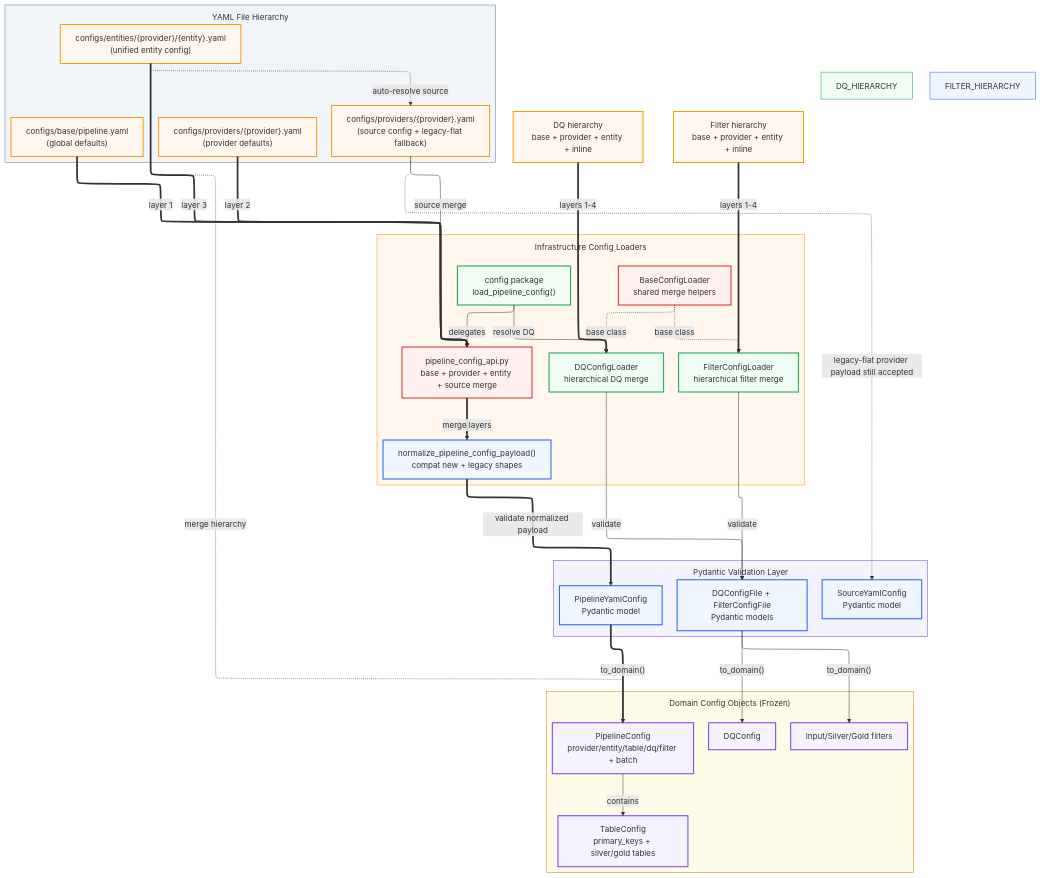
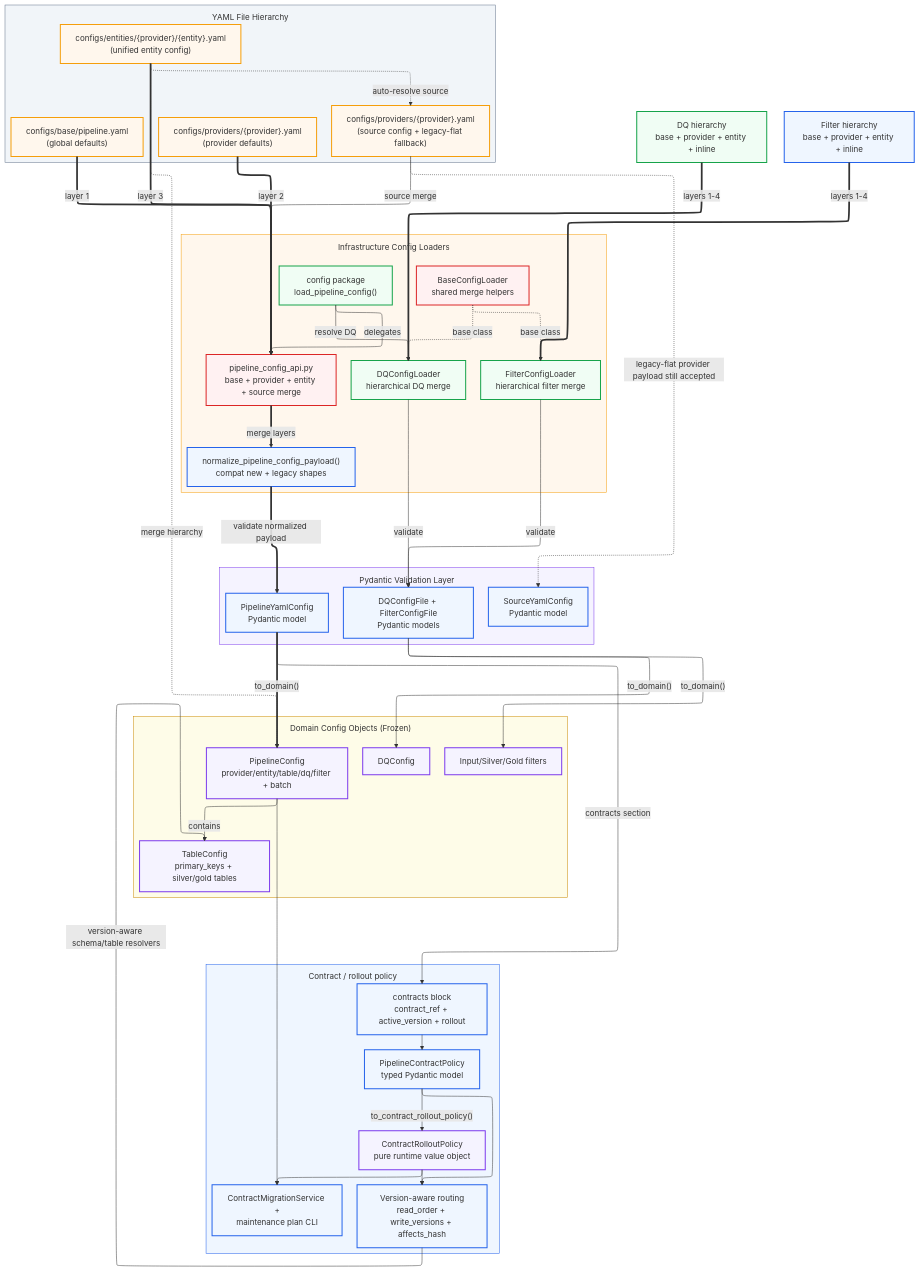
One commit to SatoryKono/BioactivityDataAcquisition changed the diagram in docs/02-architecture/diagrams/foundation/46-yaml-config-resolution.mmd. Above: the diagram before and after it, drawn with Mermaid. The commit also changed 52 other files, not shown here.

```diff
--- a/docs/02-architecture/diagrams/foundation/46-yaml-config-resolution.mmd
+++ b/docs/02-architecture/diagrams/foundation/46-yaml-config-resolution.mmd
@@ -1,103 +1,120 @@
-%% Title: YAML Configuration Resolution Chain
-%% Covers: unified config path plus canonical staged normalization flow
+%% Title: YAML Configuration and Contract Rollout Resolution Chain
+%% Covers: unified config path, contract rollout policy, and planner/runtime version routing
 %% Rank: 21 (Score 7.38) — Hierarchical config merge underpins every pipeline
-%% Updated: 2026-03-16
+%% Updated: 2026-04-02
 
-%% @version 1.1.0
-%% @date    2026-03-16
+%% @version 1.2.0
+%% @date    2026-04-02
 %% @type    flowchart
 %% @level   Mixed (System / Component / Class)
-%% @nodes   18
+%% @nodes   23
 %% @png-scale 6
 %% @png-dpi   600
 
 %%{init: {'layout': 'elk', 'flowchart': {'subGraphTitleMargin': {'top': 12, 'bottom': 12}}, 'elk': {'mergeEdges': true, 'nodePlacementStrategy': 'BRANDES_KOEPF', 'edgeRouting': 'ORTHOGONAL'}}}%%
 %% @uniform width=496 height=128 max_title_len=49 max_desc_lines=5
 flowchart TD
 %% keep-orphan: SOURCE_YAML_CFG, LEGACY_NORMALIZE
     subgraph YAML_FILES["YAML File Hierarchy"]
         direction TB
         BASE["configs/base/pipeline.yaml<br/>(global defaults)"]
         PROVIDER_BASE["configs/providers/{provider}.yaml<br/>(provider defaults)"]
         PIPELINE["configs/entities/{provider}/{entity}.yaml<br/>(unified entity config)"]
         SOURCE["configs/providers/{provider}.yaml<br/>(source config + legacy-flat fallback)"]
     end
 
     DQ_HIER["DQ hierarchy<br/>base + provider + entity + inline"]:::size-md
     FILTER_HIER["Filter hierarchy<br/>base + provider + entity + inline"]:::size-md
 
     subgraph LOADERS["Infrastructure Config Loaders"]
         direction TB
         CONFIG_LOADER["config package<br/>load_pipeline_config()"]
         BASE_CONFIG_LOADER["BaseConfigLoader<br/>shared merge helpers"]:::size-md
         DQ_CONFIG_LOADER["DQConfigLoader<br/>hierarchical DQ merge"]:::size-md
         FILTER_CONFIG_LOADER["FilterConfigLoader<br/>hierarchical filter merge"]:::size-md
         YAML_LOADER["pipeline_config_api.py<br/>base + provider + entity + source merge"]:::size-md
         LEGACY_NORMALIZE["normalize_pipeline_config_payload()<br/>compat new + legacy shapes"]
     end
 
     subgraph DOMAIN_CONFIG["Domain Config Objects (Frozen)"]
         direction TB
         PIPELINE_CONFIG["PipelineConfig<br/>provider/entity/table/dq/filter + batch"]
         TABLE_CONFIG["TableConfig<br/>primary_keys + silver/gold tables"]
         DQ_CONFIG["DQConfig"]:::size-sm
         FILTER_CONFIG["Input/Silver/Gold filters"]:::size-sm
     end
 
+    subgraph CONTRACTS["Contract / rollout policy"]
+        direction TB
+        CONTRACT_BLOCK["contracts block<br/>contract_ref + active_version + rollout"]:::size-md
+        CONTRACT_MODEL["PipelineContractPolicy<br/>typed Pydantic model"]:::size-md
+        ROLLOUT_VO["ContractRolloutPolicy<br/>pure runtime value object"]:::size-md
+        ROUTING["Version-aware routing<br/>read_order + write_versions + affects_hash"]:::size-md
+        PLANNER["ContractMigrationService +<br/>maintenance plan CLI"]:::size-md
+    end
+
     subgraph VALIDATION["Pydantic Validation Layer"]
         direction TB
         PIPELINE_YAML_CFG["PipelineYamlConfig<br/>Pydantic model"]
         SOURCE_YAML_CFG["SourceYamlConfig<br/>Pydantic model"]
         AUX_FILES["DQConfigFile + FilterConfigFile<br/>Pydantic models"]:::size-md
     end
 
     %% Pipeline config resolution
     BASE ==>|"layer 1"| YAML_LOADER
     PROVIDER_BASE ==>|"layer 2"| YAML_LOADER
     PIPELINE ==>|"layer 3"| YAML_LOADER
     SOURCE -->|"source merge"| YAML_LOADER
     YAML_LOADER ==>|"merge layers"| LEGACY_NORMALIZE
     LEGACY_NORMALIZE ==>|"validate normalized payload"| PIPELINE_YAML_CFG
     PIPELINE_YAML_CFG ==>|"to_domain()"| PIPELINE_CONFIG
     PIPELINE_CONFIG -->|"contains"| TABLE_CONFIG
+    PIPELINE_YAML_CFG -->|"contracts section"| CONTRACT_BLOCK
+    CONTRACT_BLOCK --> CONTRACT_MODEL -->|"to_contract_rollout_policy()"| ROLLOUT_VO
+    CONTRACT_MODEL --> ROUTING
+    ROLLOUT_VO --> ROUTING
+    ROUTING -->|"version-aware schema/table resolvers"| TABLE_CONFIG
+    ROLLOUT_VO --> PLANNER
+    PIPELINE_CONFIG --> PLANNER
 
     %% DQ resolution
     DQ_HIER ==>|"layers 1-4"| DQ_CONFIG_LOADER
     DQ_CONFIG_LOADER -->|"validate"| AUX_FILES
     AUX_FILES -->|"to_domain()"| DQ_CONFIG
 
     %% Filter resolution
     FILTER_HIER ==>|"layers 1-4"| FILTER_CONFIG_LOADER
     FILTER_CONFIG_LOADER -->|"validate"| AUX_FILES
     AUX_FILES -->|"to_domain()"| FILTER_CONFIG
 
     %% Inheritance
     BASE_CONFIG_LOADER -.->|"base class"| DQ_CONFIG_LOADER
     BASE_CONFIG_LOADER -.->|"base class"| FILTER_CONFIG_LOADER
     CONFIG_LOADER -->|"delegates"| YAML_LOADER
     CONFIG_LOADER -->|"resolve DQ"| DQ_CONFIG_LOADER
 
     %% Convention-based auto-resolution (ADR-029)
     PIPELINE -.->|"auto-resolve source"| SOURCE
     PIPELINE -.->|"merge hierarchy"| PIPELINE_CONFIG
     SOURCE -.->|"legacy-flat provider payload still accepted"| SOURCE_YAML_CFG
 
     %% Merge rules
     classDef storage fill:#fff7ed,stroke:#f59e0b,stroke-width:2px
     classDef adapter fill:#fff1f2,stroke:#dc2626,stroke-width:2px
     classDef service fill:#f0fdf4,stroke:#16a34a,stroke-width:2px
     classDef port fill:#f5f3ff,stroke:#7c3aed,stroke-width:2px
     classDef process fill:#eff6ff,stroke:#2563eb,stroke-width:2px
 
     class BASE,PROVIDER_BASE,PIPELINE,SOURCE,DQ_HIER,FILTER_HIER storage
     class CONFIG_LOADER,BASE_CONFIG_LOADER,DQ_CONFIG_LOADER,FILTER_CONFIG_LOADER,YAML_LOADER adapter
-    class PIPELINE_CONFIG,TABLE_CONFIG,DQ_CONFIG,FILTER_CONFIG port
-    class PIPELINE_YAML_CFG,SOURCE_YAML_CFG,AUX_FILES,LEGACY_NORMALIZE process
+    class PIPELINE_CONFIG,TABLE_CONFIG,DQ_CONFIG,FILTER_CONFIG,ROLLOUT_VO port
+    class PIPELINE_YAML_CFG,SOURCE_YAML_CFG,AUX_FILES,LEGACY_NORMALIZE,CONTRACT_BLOCK,CONTRACT_MODEL,ROUTING,PLANNER process
     class DQ_CONFIG_LOADER,FILTER_CONFIG_LOADER,CONFIG_LOADER service
 
     style YAML_FILES fill:#f1f5f9,stroke:#64748b
-    style DQ_HIERARCHY fill:#f0fdf4,stroke:#16a34a
-    style FILTER_HIERARCHY fill:#eff6ff,stroke:#2563eb
+    style DQ_HIER fill:#f0fdf4,stroke:#16a34a
+    style FILTER_HIER fill:#eff6ff,stroke:#2563eb
     style LOADERS fill:#fff7ed,stroke:#f59e0b
     style DOMAIN_CONFIG fill:#fefce8,stroke:#ca8a04
+    style CONTRACTS fill:#eff6ff,stroke:#2563eb
     style VALIDATION fill:#f5f3ff,stroke:#7c3aed
```
